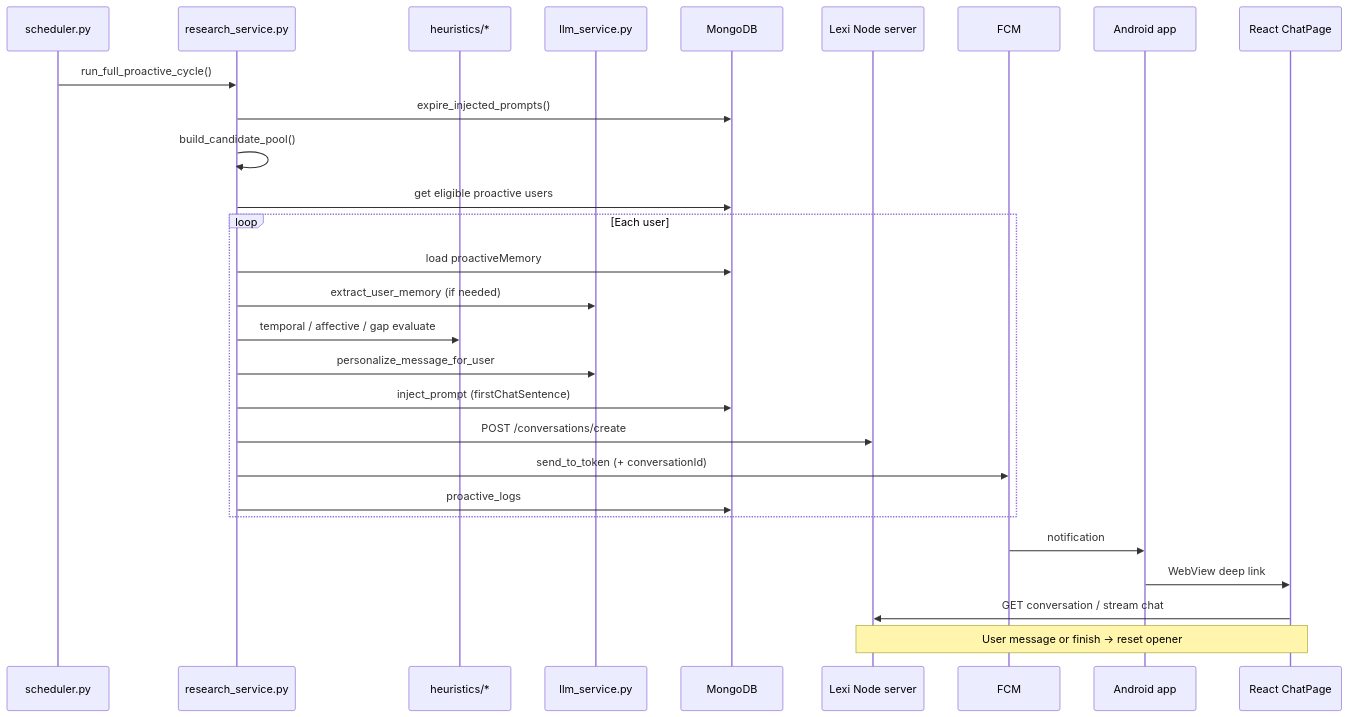
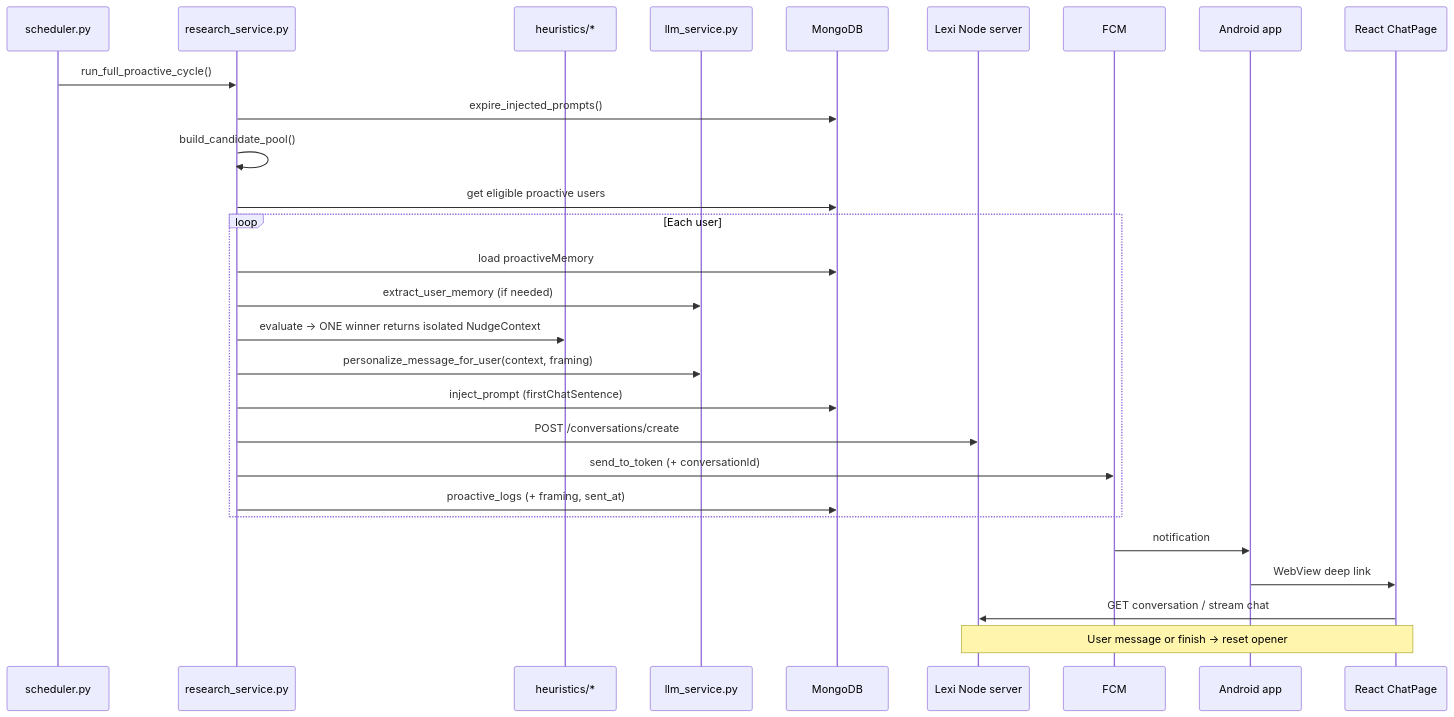
The diagram in PROACTIVE_NOTIFICATIONS.md (Itaik1150/Master-Thesis-2026-2027-CodeBase), drawn with Mermaid before and after one commit. The commit also changed other lines of this file and 10 other files, not shown here.

````diff
--- a/PROACTIVE_NOTIFICATIONS.md
+++ b/PROACTIVE_NOTIFICATIONS.md
@@ -33,31 +33,31 @@
 ```mermaid
 sequenceDiagram
   participant S as scheduler.py
   participant R as research_service.py
   participant H as heuristics/*
   participant L as llm_service.py
   participant DB as MongoDB
   participant N as Lexi Node server
   participant F as FCM
   participant A as Android app
   participant W as React ChatPage
 
   S->>R: run_full_proactive_cycle()
   R->>DB: expire_injected_prompts()
   R->>R: build_candidate_pool()
   R->>DB: get eligible proactive users
   loop Each user
     R->>DB: load proactiveMemory
     R->>L: extract_user_memory (if needed)
-    R->>H: temporal / affective / gap evaluate
-    R->>L: personalize_message_for_user
+    R->>H: evaluate → ONE winner returns isolated NudgeContext
+    R->>L: personalize_message_for_user(context, framing)
     R->>DB: inject_prompt (firstChatSentence)
     R->>N: POST /conversations/create
     R->>F: send_to_token (+ conversationId)
-    R->>DB: proactive_logs
+    R->>DB: proactive_logs (+ framing, sent_at)
   end
   F->>A: notification
   A->>W: WebView deep link
   W->>N: GET conversation / stream chat
   Note over W,N: User message or finish → reset opener
 ```
````
